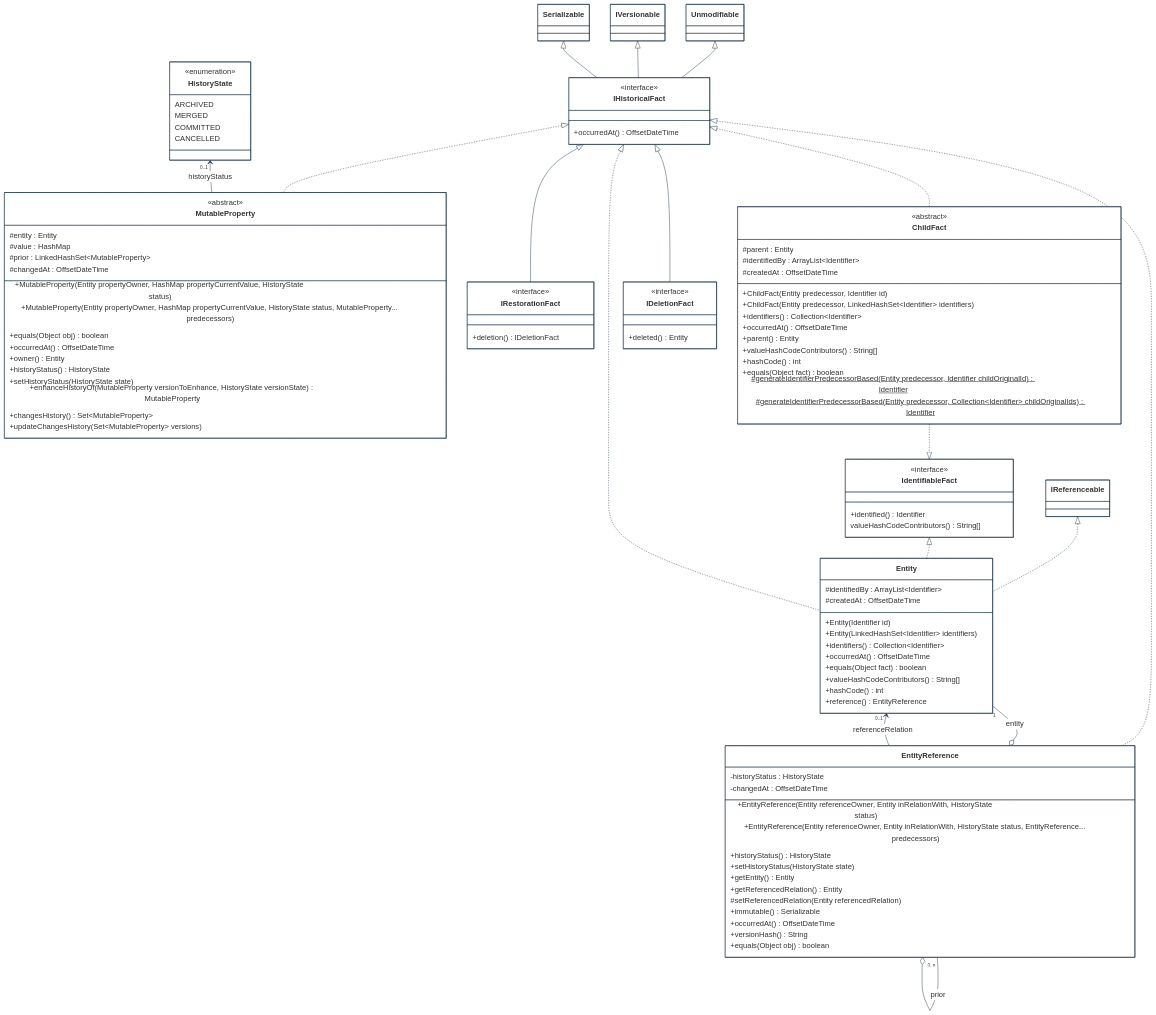
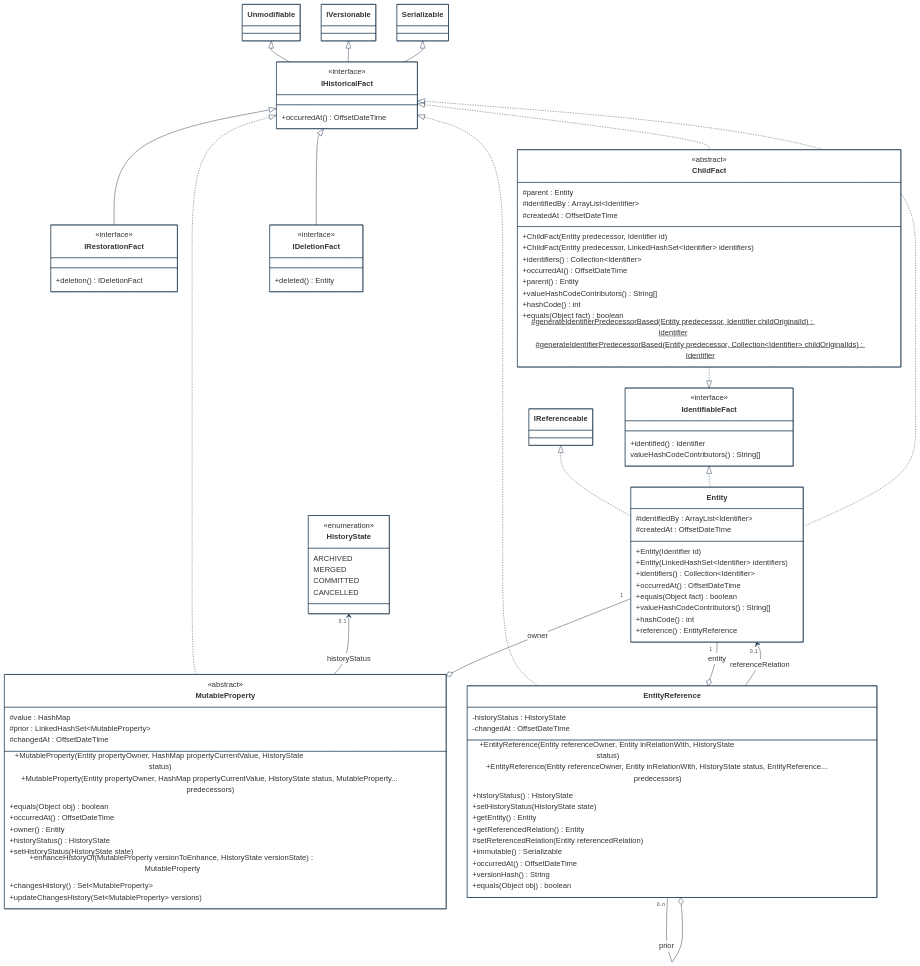
One commit to cybnity/foundation changed the first of 7 diagrams in implementations-line/framework/immutable/designview-packages.md. Above: the diagram before and after it, drawn with Mermaid. The commit also changed 3 other files, not shown here.

```diff
--- a/implementations-line/framework/immutable/designview-packages.md
+++ b/implementations-line/framework/immutable/designview-packages.md
@@ -83,6 +83,7 @@
     Entity "0..1" <-- EntityReference : referenceRelation
     IHistoricalFact <|-- IDeletionFact
     HistoryState "0..1" <-- MutableProperty : historyStatus
+    Entity "1" --o MutableProperty : owner
 
     class HistoryState {
         <<enumeration>>
@@ -93,7 +94,6 @@
     }
     class MutableProperty {
         <<abstract>>
-        #entity : Entity
         #value : HashMap
         #prior : LinkedHashSet~MutableProperty~
         #changedAt : OffsetDateTime
```
